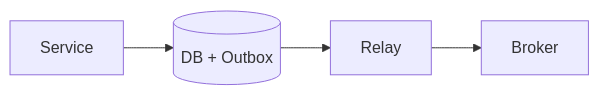
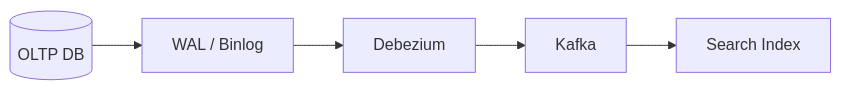
Before and after one commit to hareramcse/SystemDesign: diagram 20 of 24 in 06-messaging-and-events/README.md, drawn with Mermaid. The commit also changed other lines of this file and 15 other files, not shown here.

````diff
--- a/06-messaging-and-events/README.md
+++ b/06-messaging-and-events/README.md
@@ -268,6 +1015,7 @@
 ```mermaid
 flowchart LR
-  S[Service] --> DB[(DB + Outbox)]
-  DB --> R[Relay]
-  R --> K[Broker]
+    DB[(OLTP DB)] --> Log[WAL / Binlog]
+    Log --> CDC[Debezium]
+    CDC --> Kafka[Kafka]
+    Kafka --> Index[Search Index]
 ```
````
